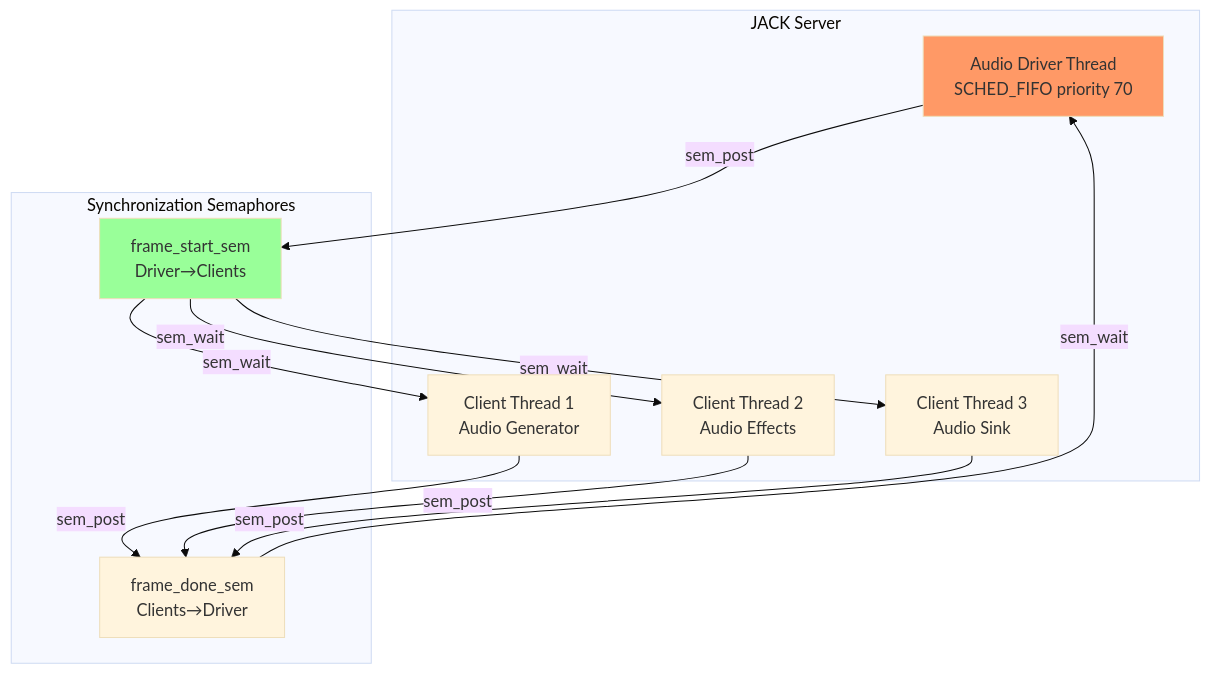
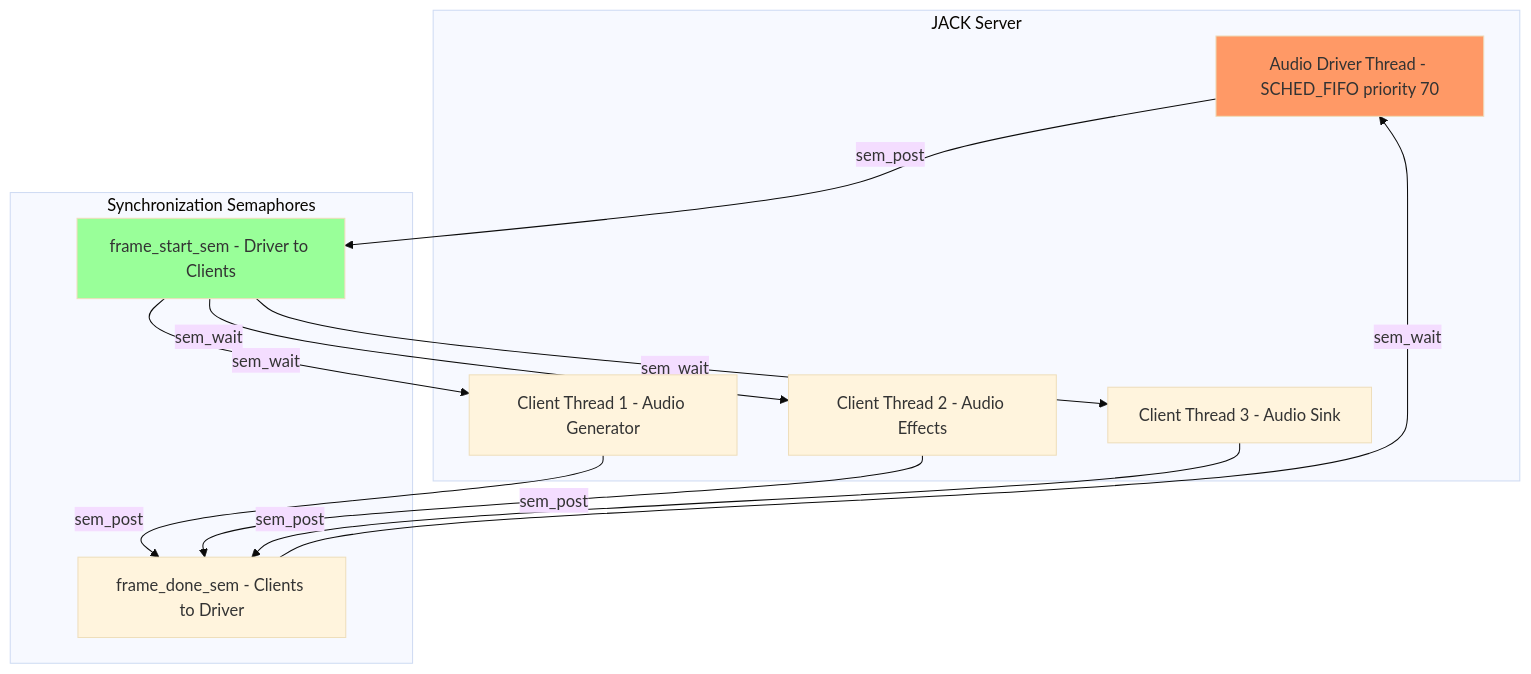
Before and after one commit to MoussaabBadla/interprocess-communication: diagram 24 of 34 in 05_semaphores.md, drawn with Mermaid (base theme). The commit also changed other lines of this file, not shown here.

````diff
--- a/05_semaphores.md
+++ b/05_semaphores.md
@@ -1915,27 +1915,27 @@
 ```mermaid
 graph TB
     subgraph "JACK Server"
-        DRIVER[Audio Driver Thread<br/>SCHED_FIFO priority 70]
-        CLIENT1[Client Thread 1<br/>Audio Generator]
-        CLIENT2[Client Thread 2<br/>Audio Effects]
-        CLIENT3[Client Thread 3<br/>Audio Sink]
+        DRIVER["Audio Driver Thread - SCHED_FIFO priority 70"]
+        CLIENT1["Client Thread 1 - Audio Generator"]
+        CLIENT2["Client Thread 2 - Audio Effects"]
+        CLIENT3["Client Thread 3 - Audio Sink"]
     end
 
     subgraph "Synchronization Semaphores"
-        SEM_START[frame_start_sem<br/>Driver→Clients]
-        SEM_DONE[frame_done_sem<br/>Clients→Driver]
+        SEM_START["frame_start_sem - Driver to Clients"]
+        SEM_DONE["frame_done_sem - Clients to Driver"]
     end
 
     DRIVER -->|sem_post| SEM_START
     SEM_START -->|sem_wait| CLIENT1
     SEM_START -->|sem_wait| CLIENT2
     SEM_START -->|sem_wait| CLIENT3
 
     CLIENT1 -->|sem_post| SEM_DONE
     CLIENT2 -->|sem_post| SEM_DONE
     CLIENT3 -->|sem_post| SEM_DONE
     SEM_DONE -->|sem_wait| DRIVER
 
     style DRIVER fill:#f96
     style SEM_START fill:#9f9
 ```
````
